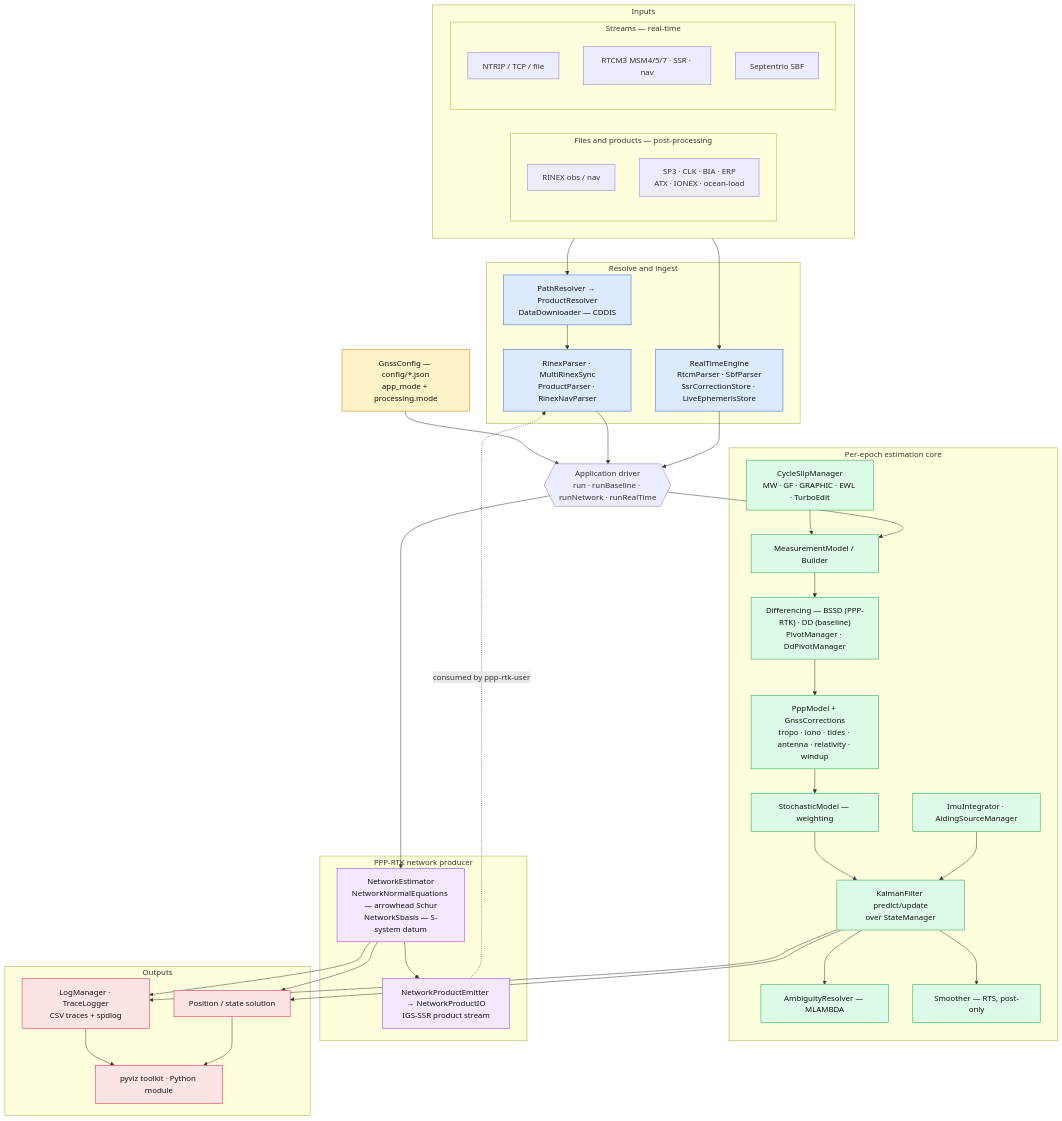
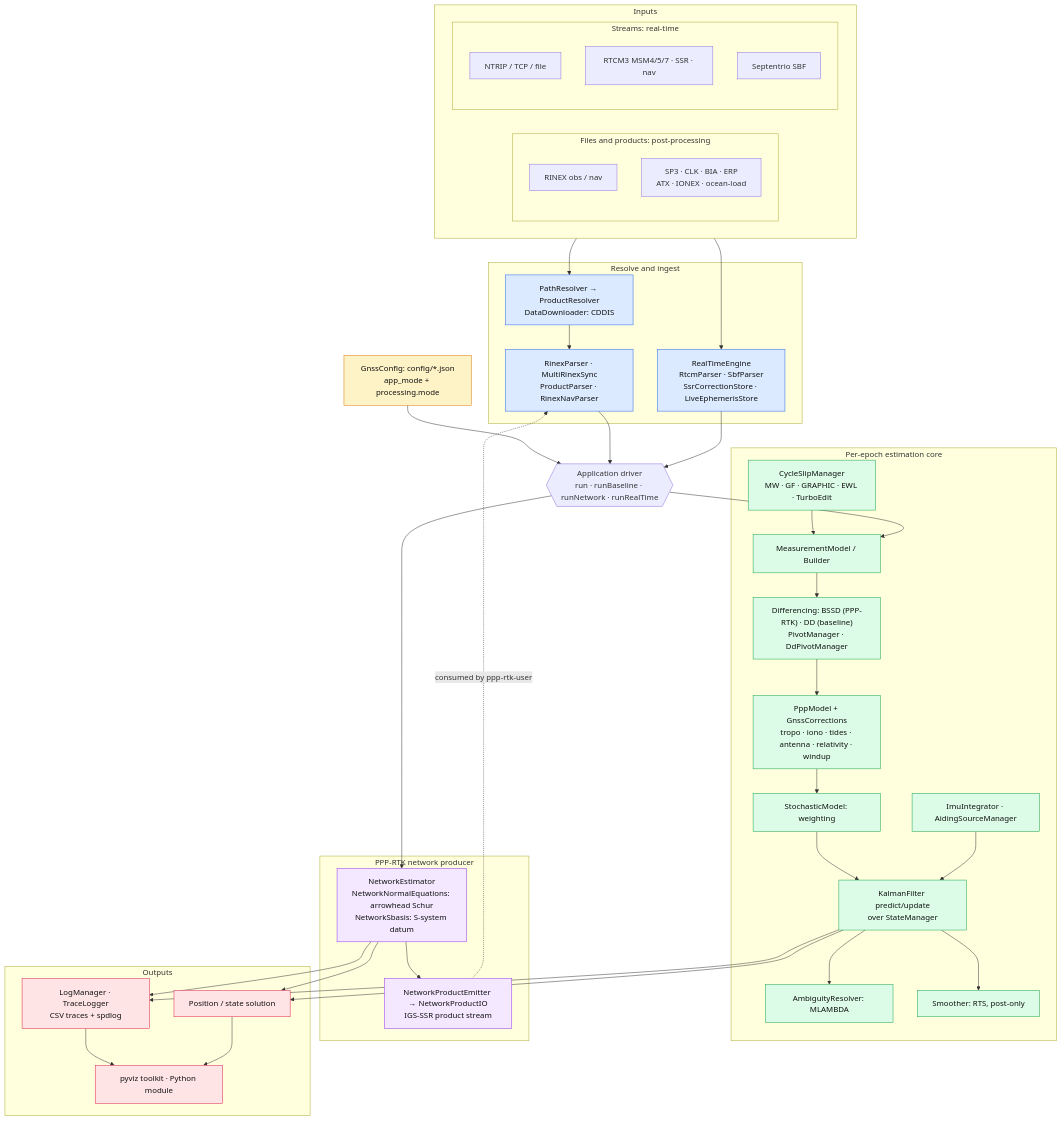
The diagram in docs/OVERVIEW.md (weaverbrianjerald/GnssProcessor), drawn with Mermaid before and after one commit. The commit also changed other lines of this file and 10 other files, not shown here.

````diff
--- a/docs/OVERVIEW.md
+++ b/docs/OVERVIEW.md
@@ -62,69 +62,69 @@
 ```mermaid
 flowchart TB
-    CFG["GnssConfig — config/*.json<br/>app_mode + processing.mode"]
+    CFG["GnssConfig: config/*.json<br/>app_mode + processing.mode"]
     subgraph IN["Inputs"]
       direction LR
-      subgraph FILES["Files and products — post-processing"]
+      subgraph FILES["Files and products: post-processing"]
         RNX["RINEX obs / nav"]
         PRD["SP3 · CLK · BIA · ERP<br/>ATX · IONEX · ocean-load"]
       end
-      subgraph STREAM["Streams — real-time"]
+      subgraph STREAM["Streams: real-time"]
         NTRIP["NTRIP / TCP / file"]
         RTCM["RTCM3 MSM4/5/7 · SSR · nav"]
         SBF["Septentrio SBF"]
       end
     end
     subgraph INGEST["Resolve and ingest"]
-      PR["PathResolver → ProductResolver<br/>DataDownloader — CDDIS"]
+      PR["PathResolver → ProductResolver<br/>DataDownloader: CDDIS"]
       PARSE["RinexParser · MultiRinexSync<br/>ProductParser · RinexNavParser"]
       RTE["RealTimeEngine<br/>RtcmParser · SbfParser<br/>SsrCorrectionStore · LiveEphemerisStore"]
     end
     APP{{"Application driver<br/>run · runBaseline · runNetwork · runRealTime"}}
     subgraph CORE["Per-epoch estimation core"]
       MM["MeasurementModel / Builder"]
-      DIFF["Differencing — BSSD (PPP-RTK) · DD (baseline)<br/>PivotManager · DdPivotManager"]
+      DIFF["Differencing: BSSD (PPP-RTK) · DD (baseline)<br/>PivotManager · DdPivotManager"]
       MODEL["PppModel + GnssCorrections<br/>tropo · iono · tides · antenna · relativity · windup"]
-      STO["StochasticModel — weighting"]
+      STO["StochasticModel: weighting"]
       KF["KalmanFilter predict/update<br/>over StateManager"]
-      AR["AmbiguityResolver — MLAMBDA"]
+      AR["AmbiguityResolver: MLAMBDA"]
       SLIP["CycleSlipManager<br/>MW · GF · GRAPHIC · EWL · TurboEdit"]
       AID["ImuIntegrator · AidingSourceManager"]
-      SM["Smoother — RTS, post-only"]
+      SM["Smoother: RTS, post-only"]
       MM --> DIFF --> MODEL --> STO --> KF --> AR
       SLIP --> MM
       AID --> KF
       KF --> SM
     end
     subgraph NET["PPP-RTK network producer"]
-      NE["NetworkEstimator<br/>NetworkNormalEquations — arrowhead Schur<br/>NetworkSbasis — S-system datum"]
+      NE["NetworkEstimator<br/>NetworkNormalEquations: arrowhead Schur<br/>NetworkSbasis: S-system datum"]
       EMIT["NetworkProductEmitter → NetworkProductIO<br/>IGS-SSR product stream"]
       NE --> EMIT
     end
     subgraph OUT["Outputs"]
       SOL["Position / state solution"]
       LOG["LogManager · TraceLogger<br/>CSV traces + spdlog"]
       VIZ["pyviz toolkit · Python module"]
     end
     CFG --> APP
     FILES --> PR --> PARSE --> APP
     STREAM --> RTE --> APP
     APP --> MM
     APP --> NE
     KF --> SOL
     NE --> SOL
     EMIT -. consumed by ppp-rtk-user .-> PARSE
     KF --> LOG
     NE --> LOG
     LOG --> VIZ
     SOL --> VIZ
     classDef cfg fill:#fef3c7,stroke:#d97706,color:#111;
     classDef ingest fill:#dbeafe,stroke:#2563eb,color:#111;
     classDef core fill:#dcfce7,stroke:#16a34a,color:#111;
     classDef net fill:#f3e8ff,stroke:#9333ea,color:#111;
     classDef out fill:#ffe4e6,stroke:#e11d48,color:#111;
     class CFG cfg;
     class PR,PARSE,RTE ingest;
     class MM,DIFF,MODEL,STO,KF,AR,SLIP,AID,SM core;
     class NE,EMIT net;
     class SOL,LOG,VIZ out;
 ```
````
